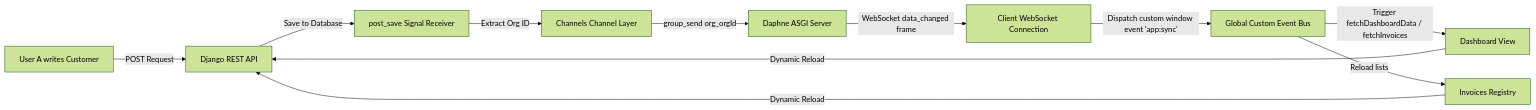
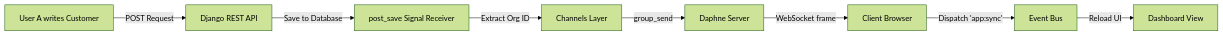
Before and after one commit to KandhalShakil/Invoicely: the second of 2 diagrams in README.md, drawn with Mermaid (forest theme). The commit also changed other lines of this file, not shown here.

````diff
--- a/README.md
+++ b/README.md
@@ -160,13 +97,10 @@
 ```mermaid
 graph LR
     UserA[User A writes Customer] -->|POST Request| API[Django REST API]
     API -->|Save to Database| Signals[post_save Signal Receiver]
-    Signals -->|Extract Org ID| GroupLayer[Channels Channel Layer]
-    GroupLayer -->|group_send org_orgId| Daphne[Daphne ASGI Server]
-    Daphne -->|WebSocket data_changed frame| WS[Client WebSocket Connection]
-    WS -->|Dispatch custom window event 'app:sync'| GlobalBus[Global Custom Event Bus]
-    GlobalBus -->|Trigger fetchDashboardData / fetchInvoices| Dashboard[Dashboard View]
-    GlobalBus -->|Reload lists| Invoices[Invoices Registry]
-    Dashboard -->|Dynamic Reload| API
-    Invoices -->|Dynamic Reload| API
+    Signals -->|Extract Org ID| GroupLayer[Channels Layer]
+    GroupLayer -->|group_send| Daphne[Daphne Server]
+    Daphne -->|WebSocket frame| WS[Client Browser]
+    WS -->|Dispatch 'app:sync'| GlobalBus[Event Bus]
+    GlobalBus -->|Reload UI| Dashboard[Dashboard View]
 ```
````
